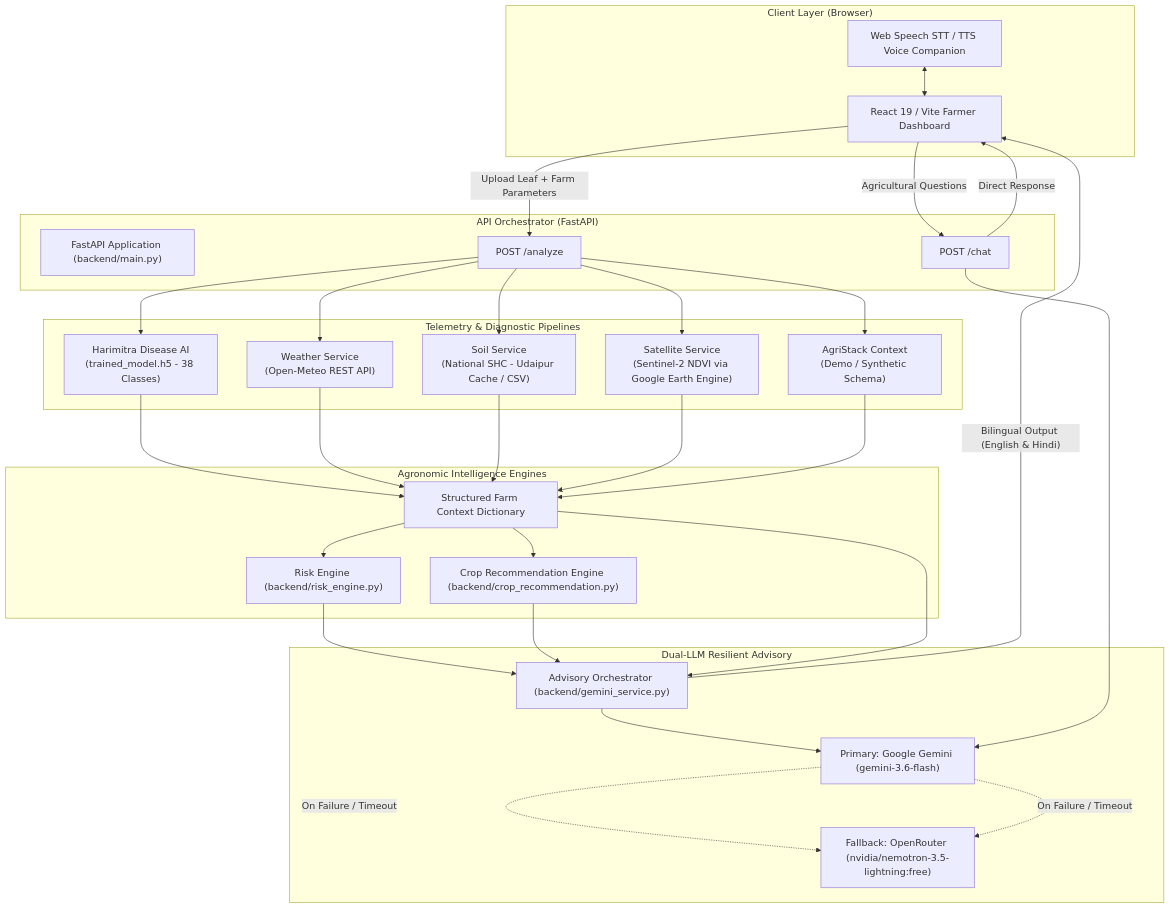
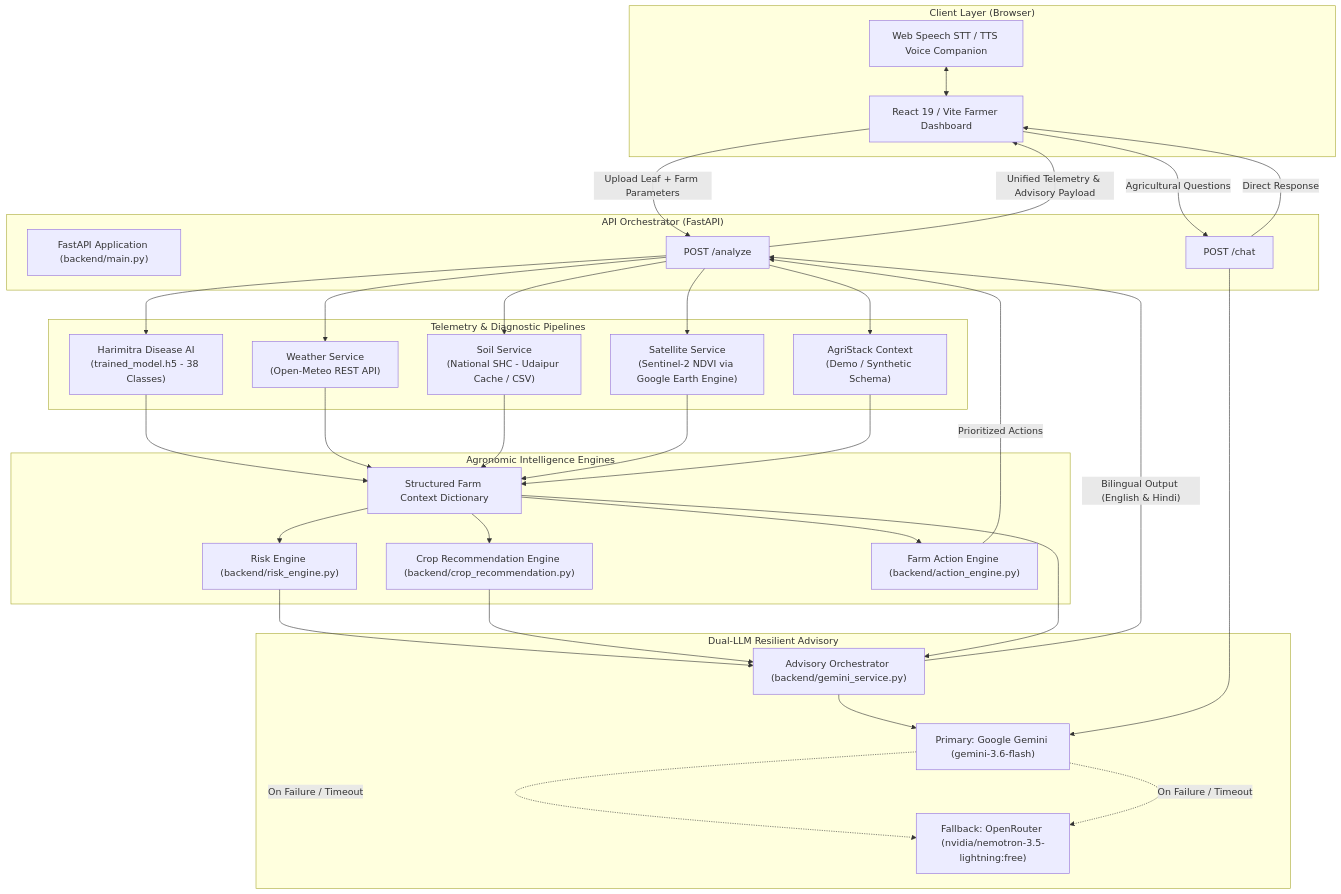
Before and after one commit to rona346/KrashiMitra: the diagram in README.md, drawn with Mermaid. The commit also changed other lines of this file and 8 other files, not shown here.

Commit message:
Finalize KrashiMitra farm action engine and bilingual UI

````diff
--- a/README.md
+++ b/README.md
@@ -60,64 +65,68 @@
 ```mermaid
 flowchart TD
     subgraph Client["Client Layer (Browser)"]
         UI["React 19 / Vite Farmer Dashboard"]
         Voice["Web Speech STT / TTS Voice Companion"]
     end
 
     subgraph Gateway["API Orchestrator (FastAPI)"]
         Router["FastAPI Application (backend/main.py)"]
         Analyze["POST /analyze"]
         Chat["POST /chat"]
     end
 
     subgraph DataServices["Telemetry & Diagnostic Pipelines"]
         Disease["Harimitra Disease AI\n(trained_model.h5 - 38 Classes)"]
         Weather["Weather Service\n(Open-Meteo REST API)"]
         Soil["Soil Service\n(National SHC - Udaipur Cache / CSV)"]
         Satellite["Satellite Service\n(Sentinel-2 NDVI via Google Earth Engine)"]
         AgriStack["AgriStack Context\n(Demo / Synthetic Schema)"]
     end
 
     subgraph LogicEngines["Agronomic Intelligence Engines"]
         Context["Structured Farm Context Dictionary"]
         Risk["Risk Engine (backend/risk_engine.py)"]
         CropRec["Crop Recommendation Engine (backend/crop_recommendation.py)"]
+        ActionEngine["Farm Action Engine (backend/action_engine.py)"]
     end
 
     subgraph AdvisorySystem["Dual-LLM Resilient Advisory"]
         AdvisoryService["Advisory Orchestrator (backend/gemini_service.py)"]
         Gemini["Primary: Google Gemini (gemini-3.6-flash)"]
         OpenRouter["Fallback: OpenRouter (nvidia/nemotron-3.5-lightning:free)"]
     end
 
     UI -->|"Upload Leaf + Farm Parameters"| Analyze
     UI -->|"Agricultural Questions"| Chat
     Voice <--> UI
 
     Analyze --> Disease
     Analyze --> Weather
     Analyze --> Soil
     Analyze --> Satellite
     Analyze --> AgriStack
 
     Disease --> Context
     Weather --> Context
     Soil --> Context
     Satellite --> Context
     AgriStack --> Context
 
     Context --> Risk
     Context --> CropRec
+    Context --> ActionEngine
 
+    ActionEngine -->|"Prioritized Actions"| Analyze
     Risk --> AdvisoryService
     CropRec --> AdvisoryService
     Context --> AdvisoryService
 
     AdvisoryService --> Gemini
     Gemini -.->|"On Failure / Timeout"| OpenRouter
     Chat --> Gemini
     Gemini -.->|"On Failure / Timeout"| OpenRouter
 
-    AdvisoryService -->|"Bilingual Output (English & Hindi)"| UI
+    AdvisoryService -->|"Bilingual Output (English & Hindi)"| Analyze
+    Analyze -->|"Unified Telemetry & Advisory Payload"| UI
     Chat -->|"Direct Response"| UI
 ```
````
